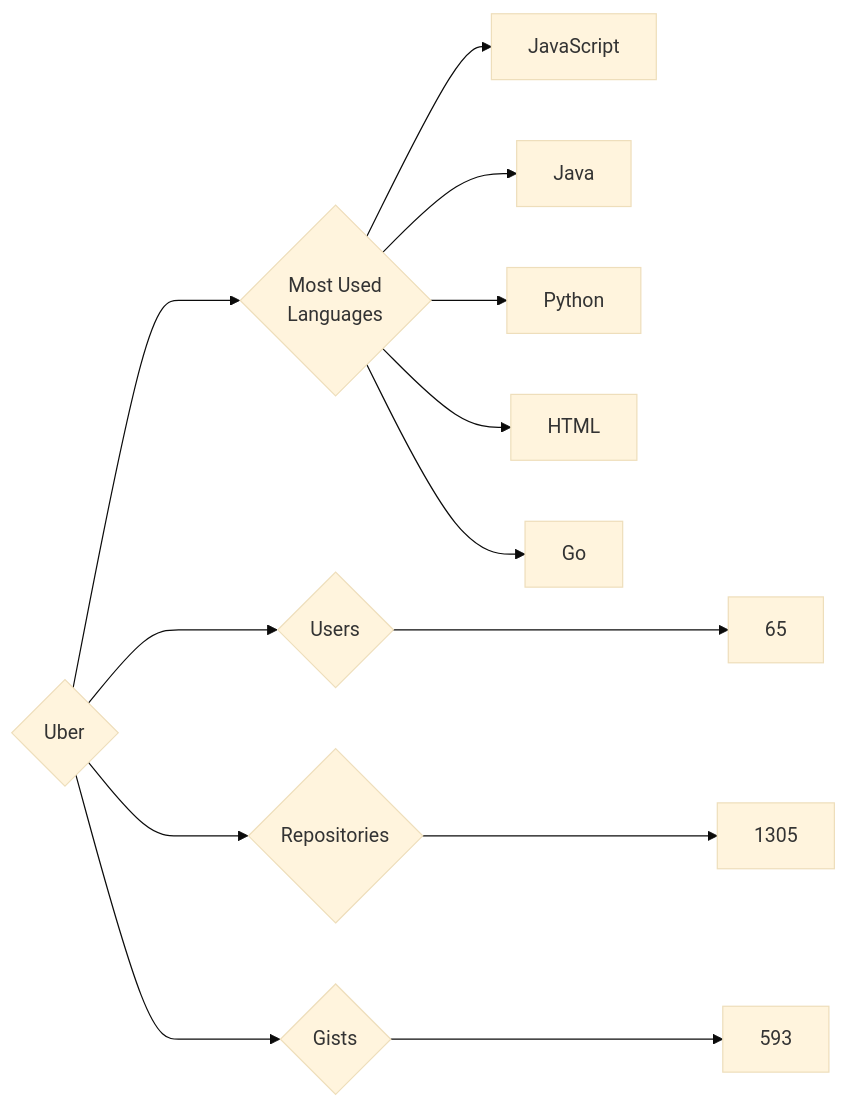
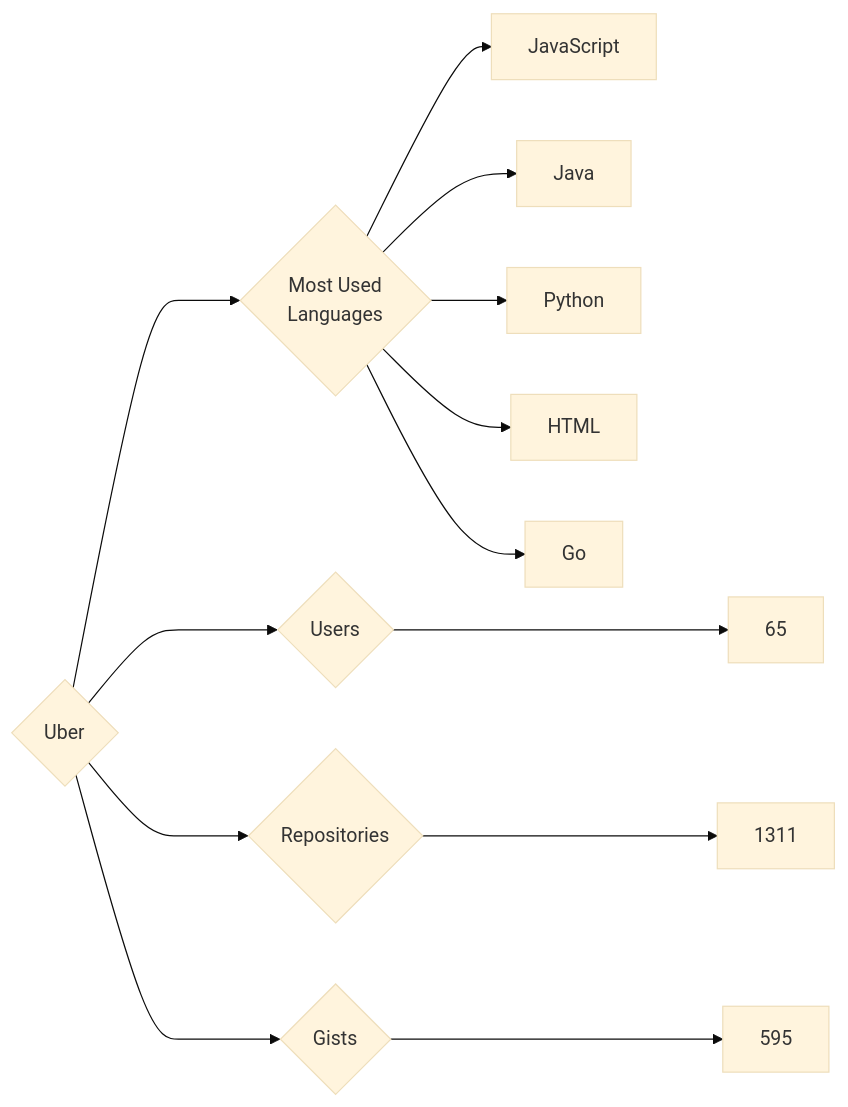
One commit to trickest/insiders changed the diagram in targets/Uber/README.md. Above: the diagram before and after it, drawn with Mermaid (base theme). The commit also changed 796 other files, not shown here.

````diff
--- a/targets/Uber/README.md
+++ b/targets/Uber/README.md
@@ -3,13 +3,13 @@
 ```mermaid
 graph LR
 COMPANY_NAME{Uber}
 COMPANY_NAME ---> U{Users} ---> UN[65]
-COMPANY_NAME ---> R{Repositories} ---> RN[1305]
-COMPANY_NAME ---> G{Gists} ---> GN[593]
+COMPANY_NAME ---> R{Repositories} ---> RN[1311]
+COMPANY_NAME ---> G{Gists} ---> GN[595]
 COMPANY_NAME ---> ML{Most Used<br>Languages}
 ML --> JavaScript[JavaScript]
 ML --> Java[Java]
 ML --> Python[Python]
 ML --> HTML[HTML]
 ML --> Go[Go]
 ```
````
